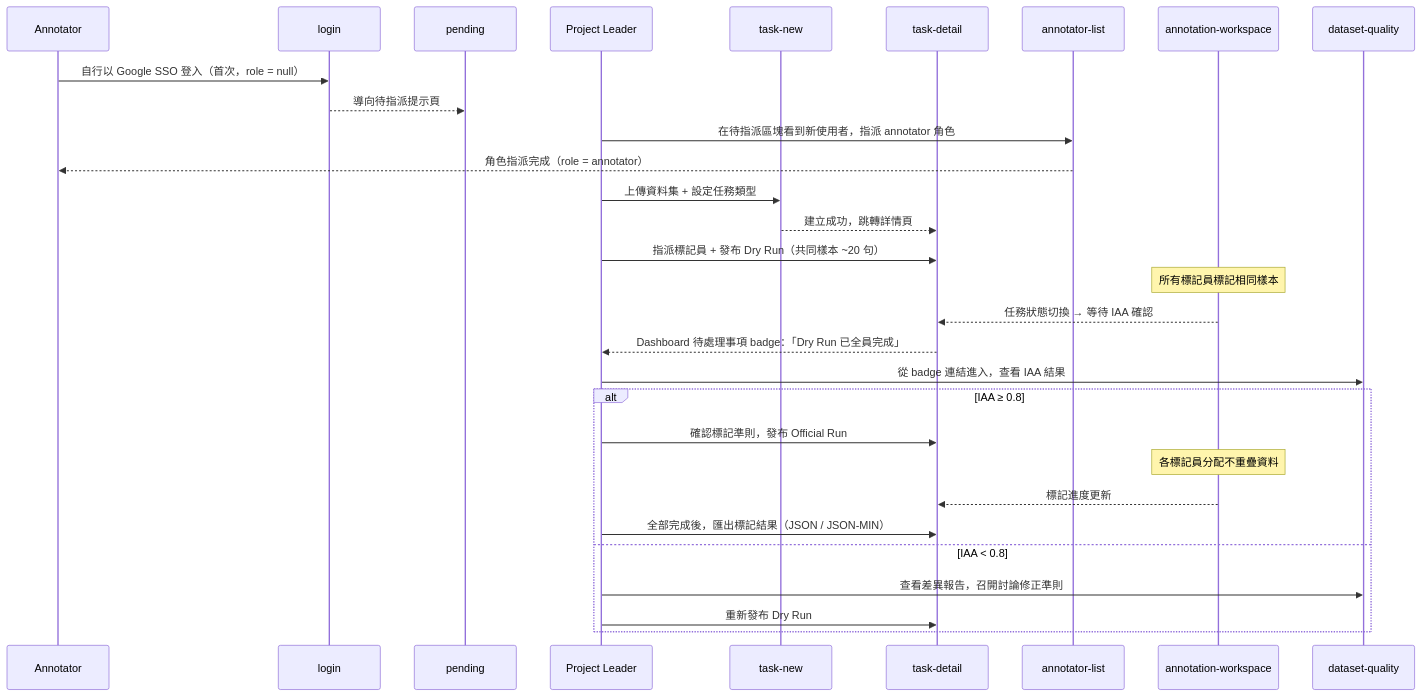
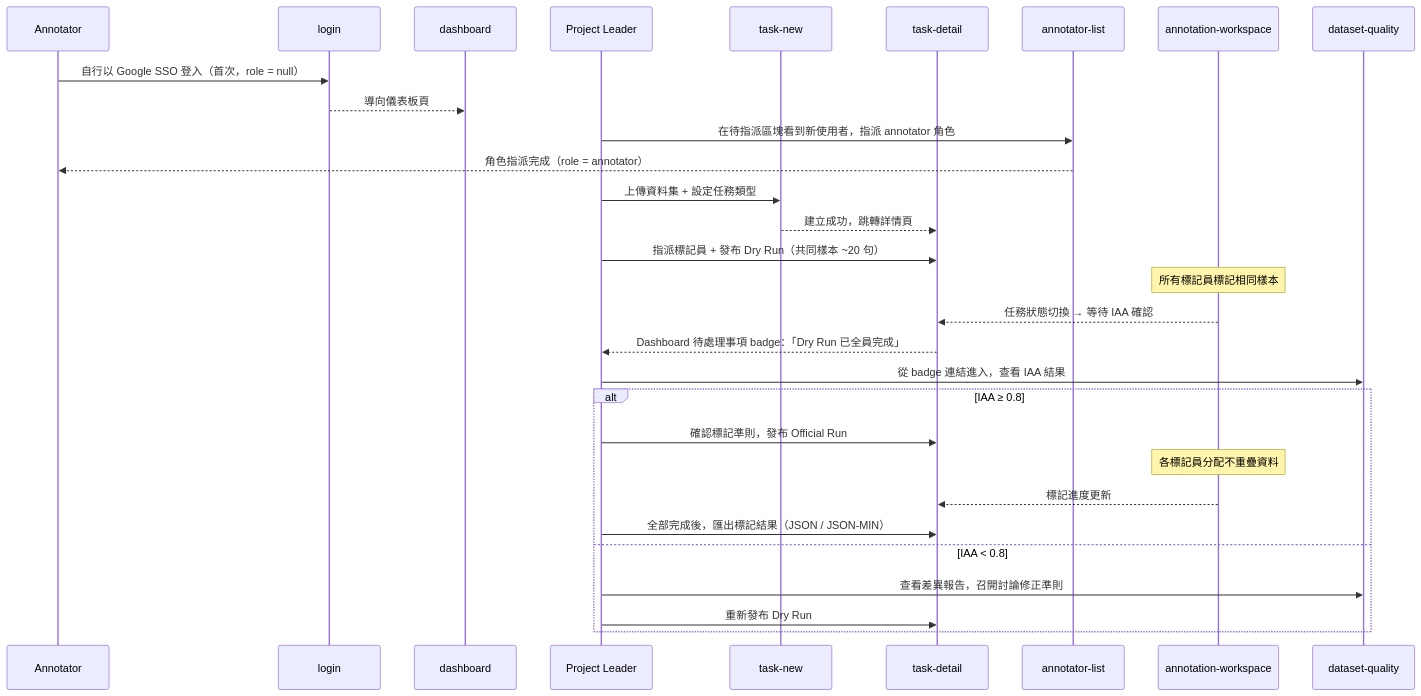
One commit to singyichen/label-suite changed the second of 5 diagrams in docs/ia/information-architecture.md. Above: the diagram before and after it, drawn with Mermaid. The commit also changed other lines of this file and 11 other files, not shown here.

````diff
--- a/docs/ia/information-architecture.md
+++ b/docs/ia/information-architecture.md
@@ -346,33 +342,33 @@
 ```mermaid
 sequenceDiagram
   participant AN as Annotator
   participant LOGIN as login
-  participant PENDING as pending
+  participant DASHBOARD as dashboard
   participant PL as Project Leader
   participant TN as task-new
   participant TD as task-detail
   participant AL as annotator-list
   participant AW as annotation-workspace
   participant DQ as dataset-quality
 
   AN->>LOGIN: 自行以 Google SSO 登入（首次，role = null）
-  LOGIN-->>PENDING: 導向待指派提示頁
+  LOGIN-->>DASHBOARD: 導向儀表板頁
   PL->>AL: 在待指派區塊看到新使用者，指派 annotator 角色
   AL-->>AN: 角色指派完成（role = annotator）
   PL->>TN: 上傳資料集 + 設定任務類型
   TN-->>TD: 建立成功，跳轉詳情頁
   PL->>TD: 指派標記員 + 發布 Dry Run（共同樣本 ~20 句）
   Note over AW: 所有標記員標記相同樣本
   AW-->>TD: 任務狀態切換 → 等待 IAA 確認
   TD-->>PL: Dashboard 待處理事項 badge：「Dry Run 已全員完成」
   PL->>DQ: 從 badge 連結進入，查看 IAA 結果
   alt IAA ≥ 0.8
     PL->>TD: 確認標記準則，發布 Official Run
     Note over AW: 各標記員分配不重疊資料
     AW-->>TD: 標記進度更新
     PL->>TD: 全部完成後，匯出標記結果（JSON / JSON-MIN）
   else IAA < 0.8
     PL->>DQ: 查看差異報告，召開討論修正準則
     PL->>TD: 重新發布 Dry Run
   end
 ```
````
